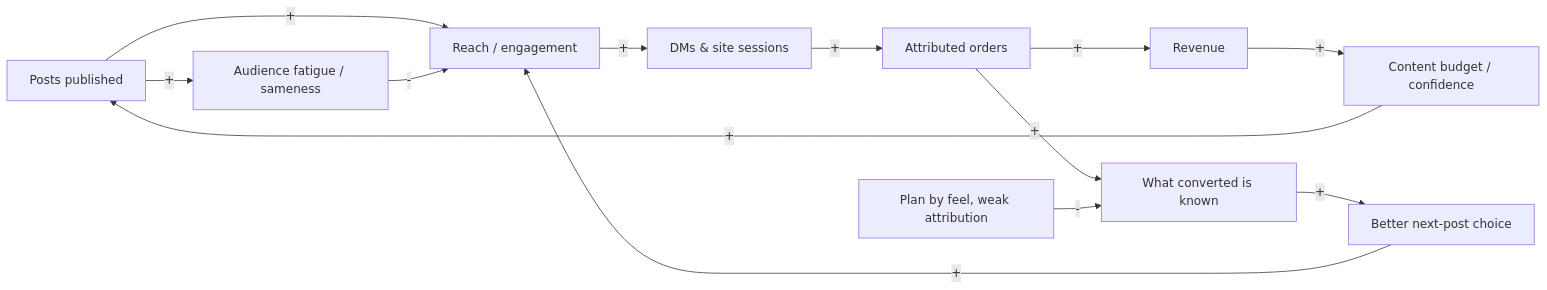
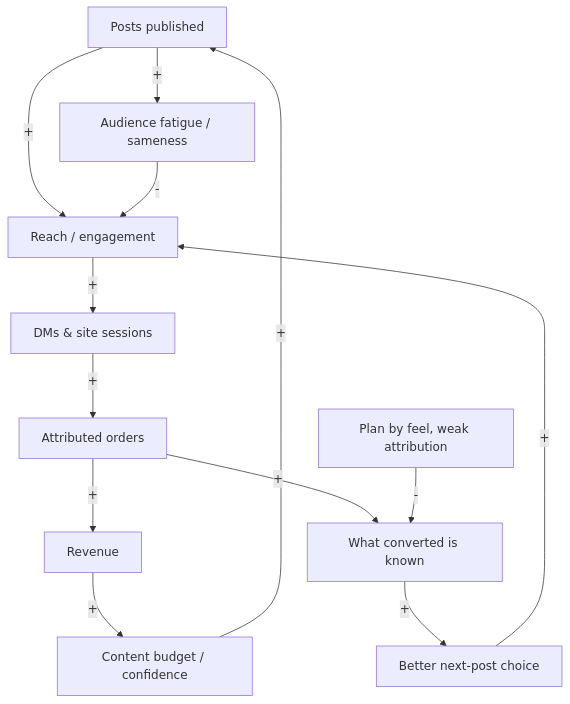
One commit to jayanthbagare/complete_book changed the seventh of 8 diagrams in book/05-part5-loopcycle.md. Above: the diagram before and after it, drawn with Mermaid. The commit also changed other lines of this file and 9 other files, not shown here.

First line of the commit message:
Fix site layout and unreadable diagrams

````diff
--- a/book/05-part5-loopcycle.md
+++ b/book/05-part5-loopcycle.md
@@ -516,15 +516,15 @@
 ```mermaid
-graph LR
-  POST[Posts published] -->|+| REACH[Reach / engagement]
-  REACH -->|+| INQUIRY[DMs & site sessions]
-  INQUIRY -->|+| ORDERS[Attributed orders]
-  ORDERS -->|+| REV2[Revenue]
-  REV2 -->|+| BUDGET[Content budget / confidence]
-  BUDGET -->|+| POST
-  ORDERS -->|+| LEARN[What converted is known]
-  LEARN -->|+| BETTER[Better next-post choice]
-  BETTER -->|+| REACH
-  POST -->|+| FATIGUE[Audience fatigue / sameness]
-  FATIGUE -->|-| REACH
-  GUESS[Plan by feel, weak attribution] -->|-| LEARN
+graph TD
+  POST[Posts published] -->|#43;| REACH[Reach / engagement]
+  REACH -->|#43;| INQUIRY[DMs & site sessions]
+  INQUIRY -->|#43;| ORDERS[Attributed orders]
+  ORDERS -->|#43;| REV2[Revenue]
+  REV2 -->|#43;| BUDGET[Content budget / confidence]
+  BUDGET -->|#43;| POST
+  ORDERS -->|#43;| LEARN[What converted is known]
+  LEARN -->|#43;| BETTER[Better next-post choice]
+  BETTER -->|#43;| REACH
+  POST -->|#43;| FATIGUE[Audience fatigue / sameness]
+  FATIGUE -->|#45;| REACH
+  GUESS[Plan by feel, weak attribution] -->|#45;| LEARN
 ```
````
